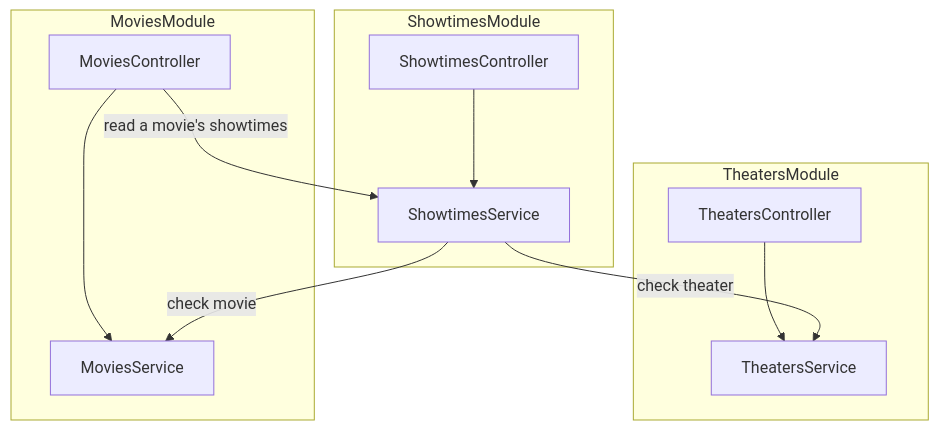
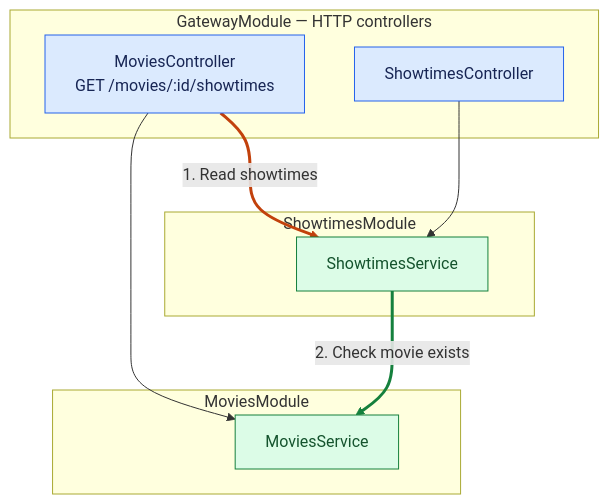
The third of 4 diagrams in README.md (mannercode/nestjs-sola-example), drawn with Mermaid before and after one commit. The commit also changed other lines of this file and 1 other file, not shown here.

Commit message:
docs: illustrate how controller placement creates module cycles

````diff
--- a/README.md
+++ b/README.md
@@ -24,21 +73,23 @@
 ```mermaid
 flowchart TB
-    subgraph MoviesModule[MoviesModule]
-        MoviesController[MoviesController]
-        MoviesService[MoviesService]
+    subgraph GatewayModule["GatewayModule — HTTP controllers"]
+        MoviesController["MoviesController<br/>GET /movies/:id/showtimes"]
+        ShowtimesController["ShowtimesController"]
     end
-    subgraph TheatersModule[TheatersModule]
-        TheatersController[TheatersController]
-        TheatersService[TheatersService]
+    subgraph ShowtimesModule["ShowtimesModule"]
+        ShowtimesService["ShowtimesService"]
     end
-    subgraph ShowtimesModule[ShowtimesModule]
-        ShowtimesController[ShowtimesController]
-        ShowtimesService[ShowtimesService]
+    subgraph MoviesModule["MoviesModule"]
+        MoviesService["MoviesService"]
     end
     MoviesController --> MoviesService
-    MoviesController -->|"read a movie's showtimes"| ShowtimesService
-    TheatersController --> TheatersService
     ShowtimesController --> ShowtimesService
-    ShowtimesService -->|"check movie"| MoviesService
-    ShowtimesService -->|"check theater"| TheatersService
+    MoviesController -->|"1. Read showtimes"| ShowtimesService
+    ShowtimesService -->|"2. Check movie exists"| MoviesService
+    classDef controller fill:#dbeafe,stroke:#2563eb,color:#172554
+    classDef service fill:#dcfce7,stroke:#15803d,color:#14532d
+    class MoviesController,ShowtimesController controller
+    class MoviesService,ShowtimesService service
+    linkStyle 2 stroke:#c2410c,stroke-width:3px
+    linkStyle 3 stroke:#15803d,stroke-width:3px
 ```
````
